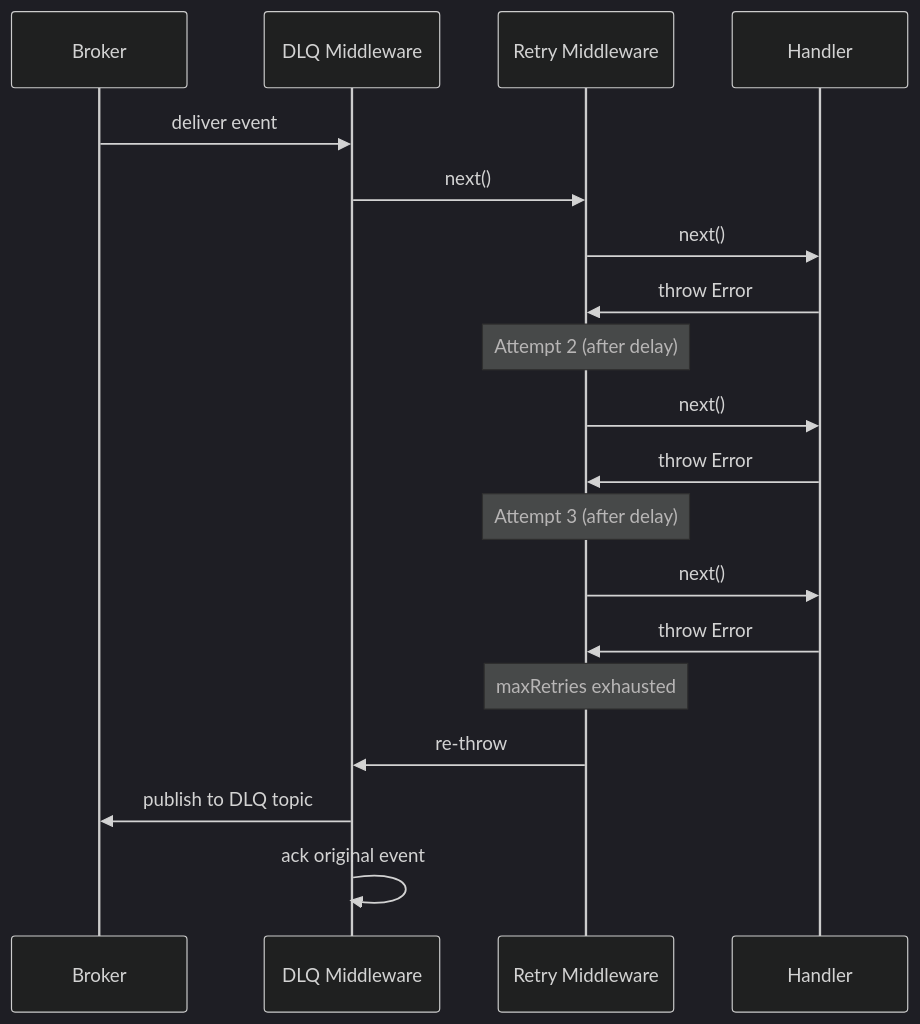
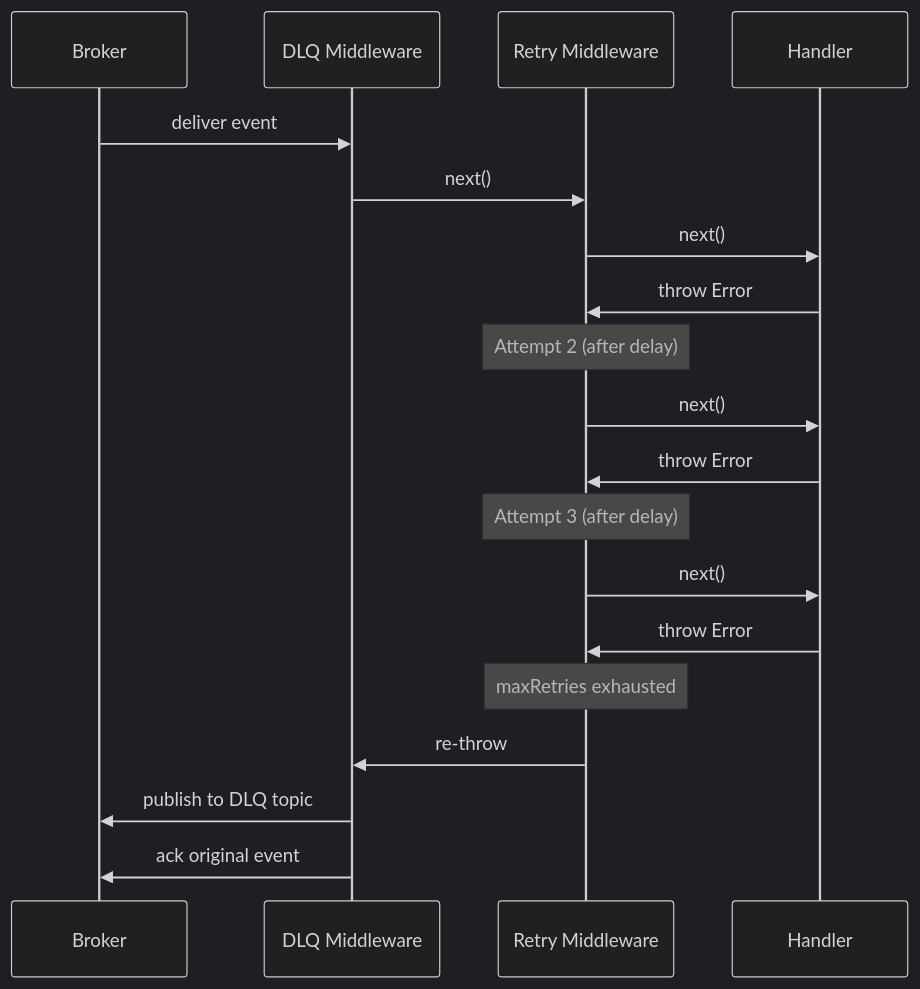
One commit to Connectum-Framework/docs changed the second of 2 diagrams in en/guide/events/middleware.md. Above: the diagram before and after it, drawn with Mermaid (dark theme). The commit also changed other lines of this file and 93 other files, not shown here.

````diff
--- a/en/guide/events/middleware.md
+++ b/en/guide/events/middleware.md
@@ -218,25 +240,25 @@
 ```mermaid
 sequenceDiagram
     participant Broker
     participant DLQ as DLQ Middleware
     participant Retry as Retry Middleware
     participant Handler
 
     Broker->>DLQ: deliver event
     DLQ->>Retry: next()
     Retry->>Handler: next()
     Handler->>Retry: throw Error
 
     Note over Retry: Attempt 2 (after delay)
     Retry->>Handler: next()
     Handler->>Retry: throw Error
 
     Note over Retry: Attempt 3 (after delay)
     Retry->>Handler: next()
     Handler->>Retry: throw Error
 
     Note over Retry: maxRetries exhausted
     Retry->>DLQ: re-throw
     DLQ->>Broker: publish to DLQ topic
-    DLQ->>DLQ: ack original event
+    DLQ->>Broker: ack original event
 ```
````
